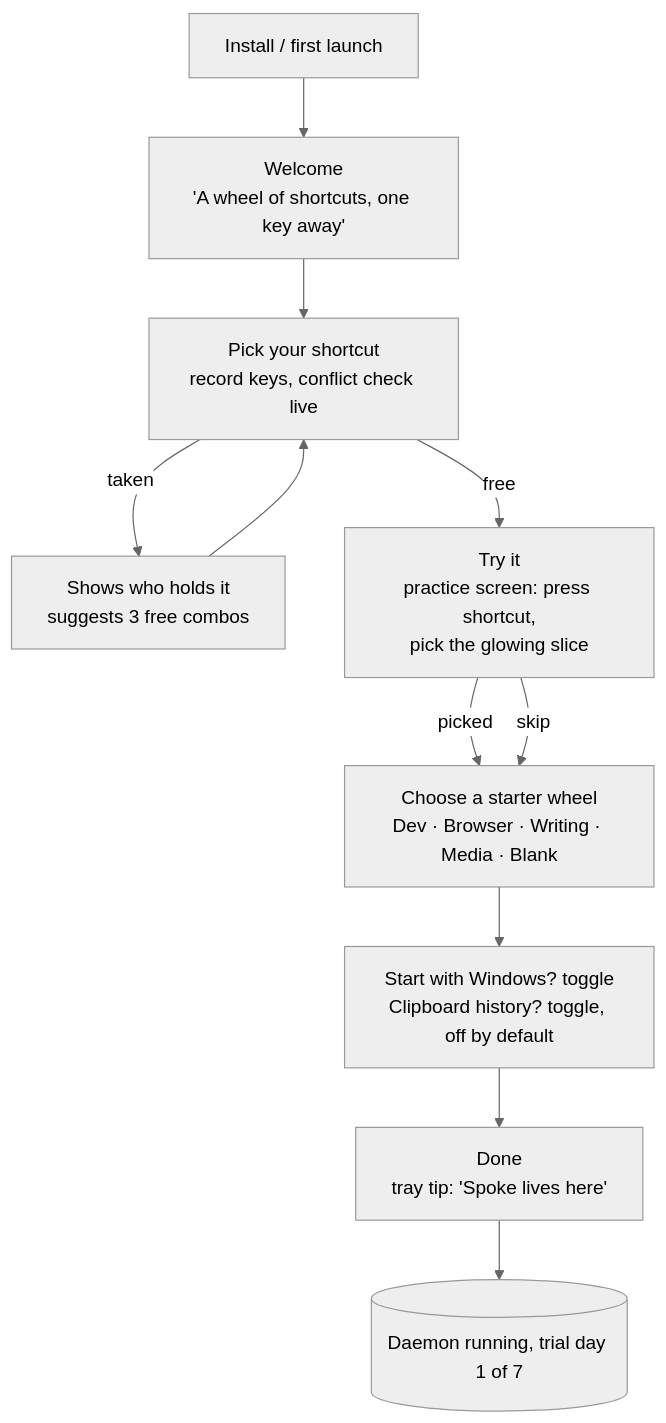
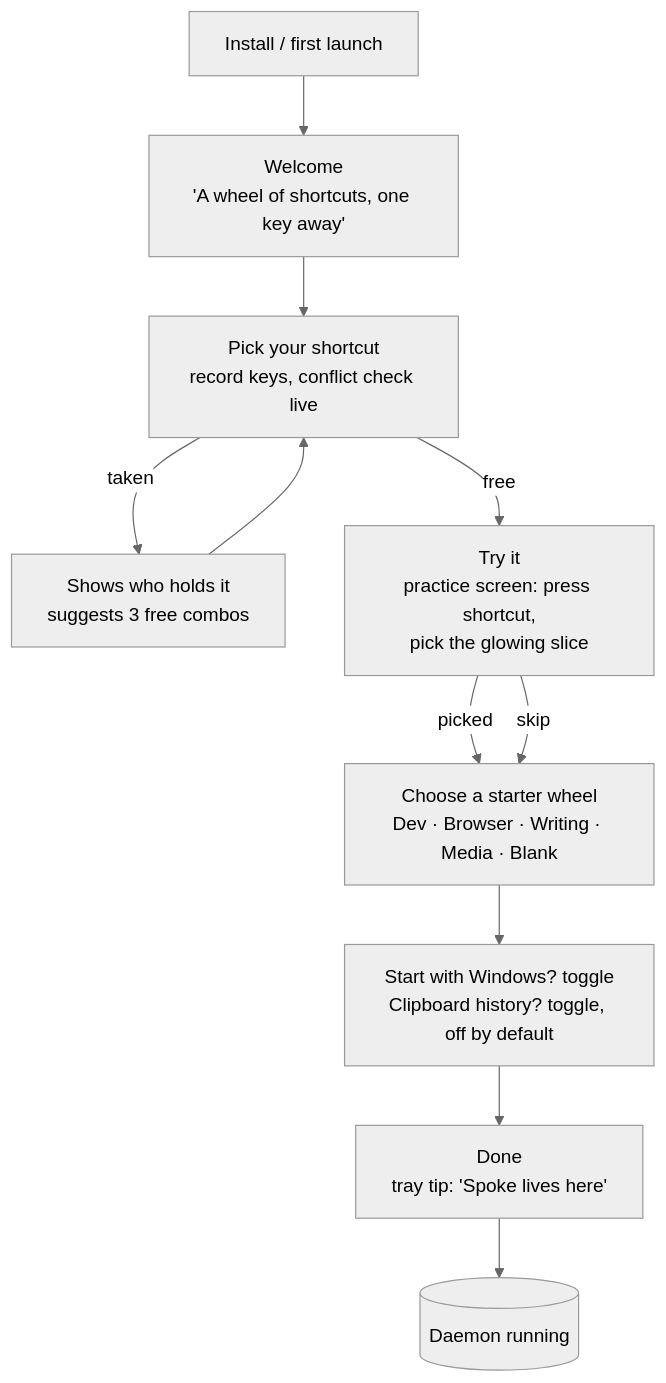
One commit to zainkhalid91/Spoke changed the first of 7 diagrams in docs/UI_FLOW.md. Above: the diagram before and after it, drawn with Mermaid (neutral theme). The commit also changed other lines of this file and 26 other files, not shown here.

````diff
--- a/docs/UI_FLOW.md
+++ b/docs/UI_FLOW.md
@@ -7,12 +7,12 @@
 ```mermaid
 flowchart TD
   A[Install / first launch] --> B[Welcome<br/>'A wheel of shortcuts, one key away']
   B --> C[Pick your shortcut<br/>record keys, conflict check live]
   C -->|taken| C1[Shows who holds it<br/>suggests 3 free combos] --> C
   C -->|free| D[Try it<br/>practice screen: press shortcut,<br/>pick the glowing slice]
   D -->|picked| E[Choose a starter wheel<br/>Dev · Browser · Writing · Media · Blank]
   E --> F[Start with Windows? toggle<br/>Clipboard history? toggle, off by default]
   F --> G[Done<br/>tray tip: 'Spoke lives here']
-  G --> H[(Daemon running, trial day 1 of 7)]
+  G --> H[(Daemon running)]
   D -->|skip| E
 ```
````
